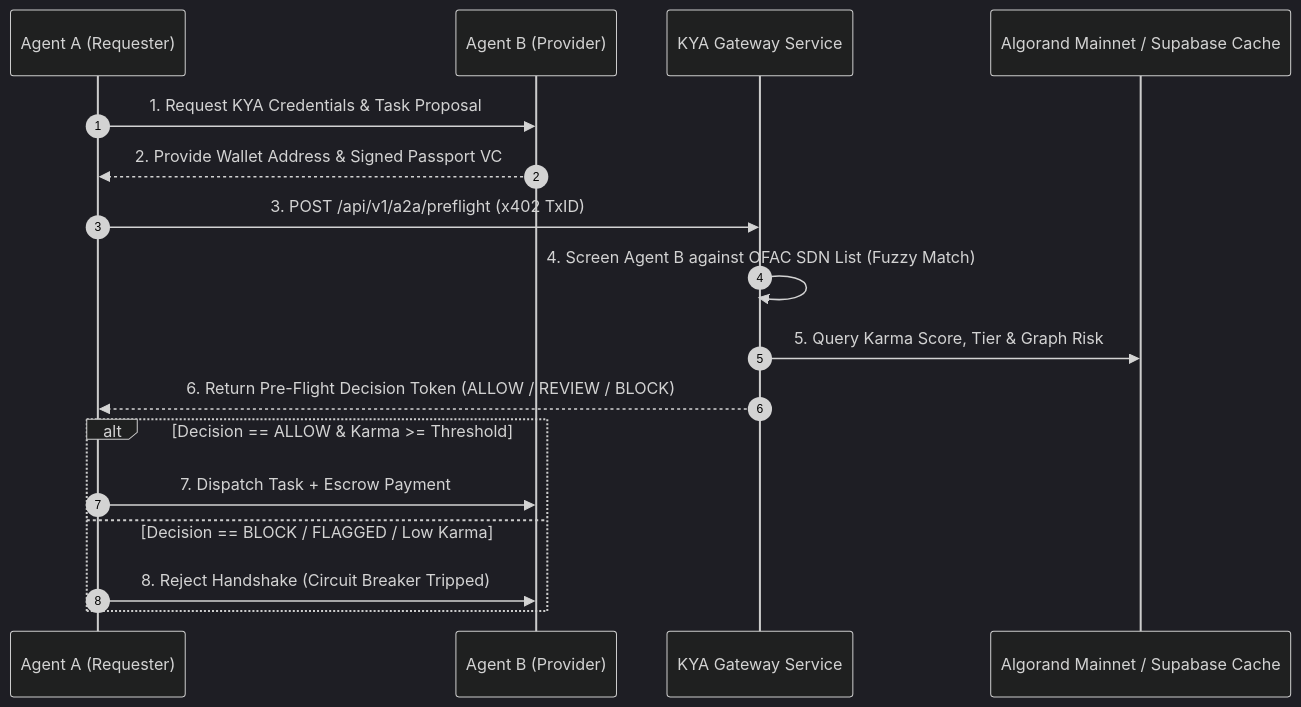
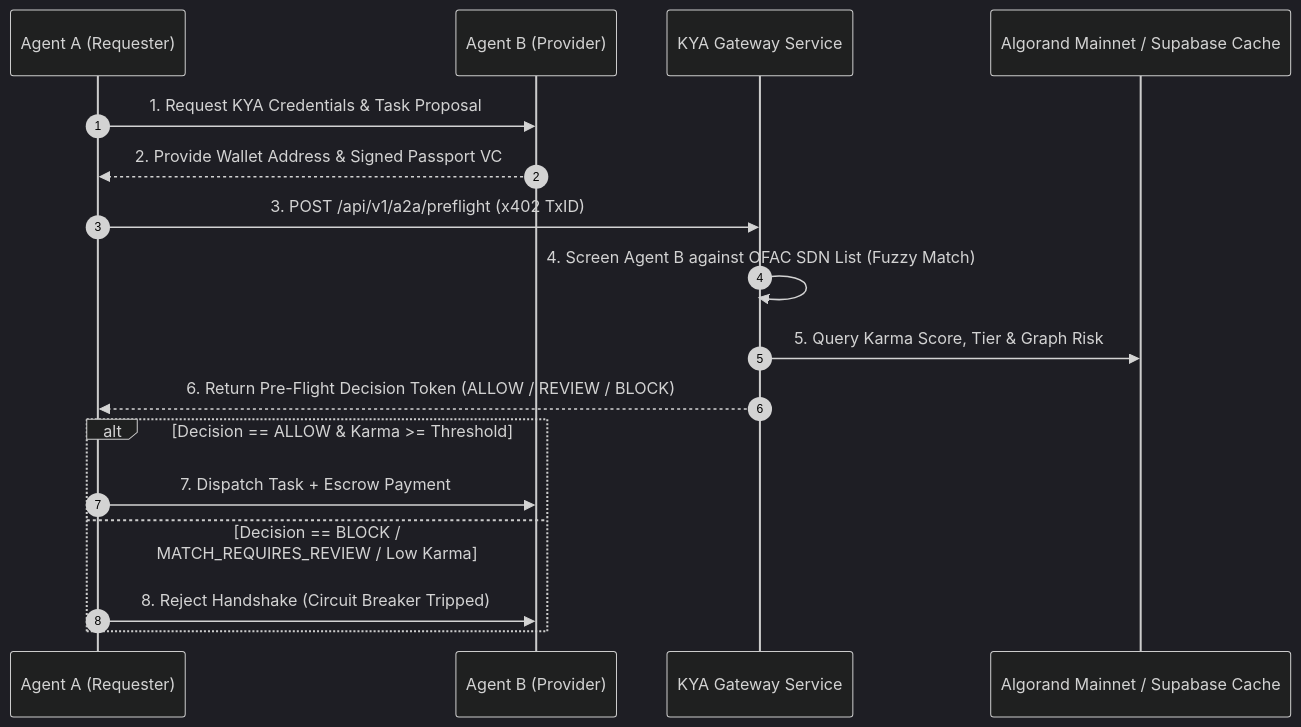
Before and after one commit to IcanBENCHurCAT/kya: the diagram in docs/ARCHITECTURE.md, drawn with Mermaid (dark theme). The commit also changed other lines of this file and 30 other files, not shown here.

````diff
--- a/docs/ARCHITECTURE.md
+++ b/docs/ARCHITECTURE.md
@@ -128,20 +126,20 @@
 ```mermaid
 sequenceDiagram
     autonumber
     participant AgentA as Agent A (Requester)
     participant AgentB as Agent B (Provider)
     participant KYA as KYA Gateway Service
     participant Algo as Algorand Mainnet / Supabase Cache
 
     AgentA->>AgentB: 1. Request KYA Credentials & Task Proposal
     AgentB-->>AgentA: 2. Provide Wallet Address & Signed Passport VC
     AgentA->>KYA: 3. POST /api/v1/a2a/preflight (x402 TxID)
     KYA->>KYA: 4. Screen Agent B against OFAC SDN List (Fuzzy Match)
     KYA->>Algo: 5. Query Karma Score, Tier & Graph Risk
     KYA-->>AgentA: 6. Return Pre-Flight Decision Token (ALLOW / REVIEW / BLOCK)
     alt Decision == ALLOW & Karma >= Threshold
         AgentA->>AgentB: 7. Dispatch Task + Escrow Payment
-    else Decision == BLOCK / FLAGGED / Low Karma
+    else Decision == BLOCK / MATCH_REQUIRES_REVIEW / Low Karma
         AgentA->>AgentB: 8. Reject Handshake (Circuit Breaker Tripped)
     end
 ```
````
